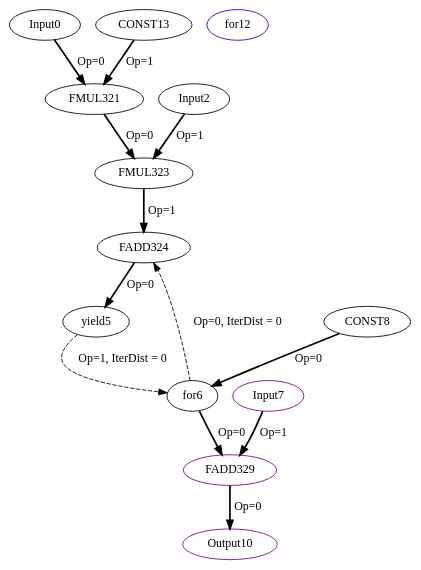
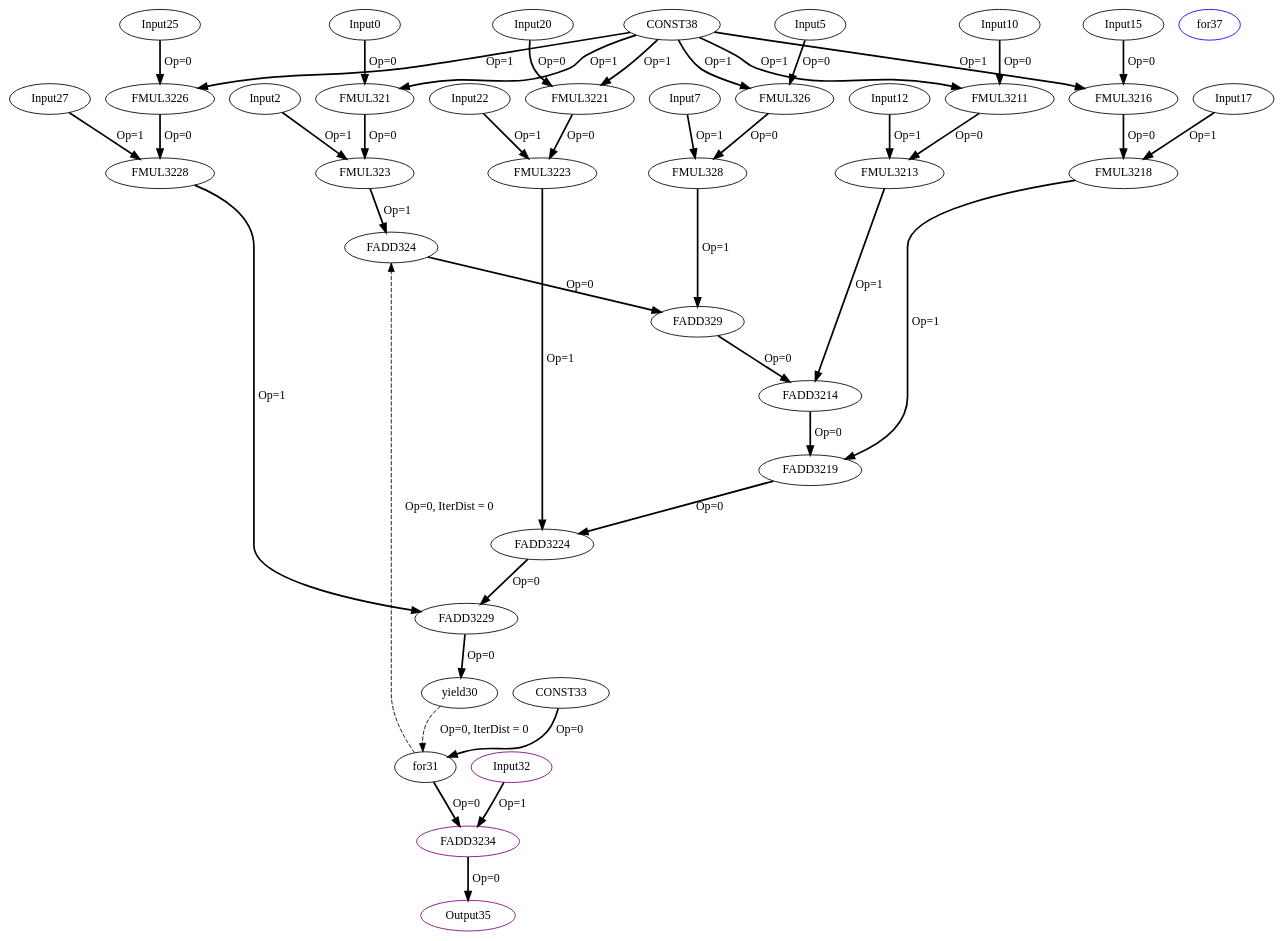
The diagram in experiment/Cbenchmarks/Polybench/linear-algebra/blas/gemm/IR/tempfiles/mapping/kernel_gemm_1_1_CDFG.dot (MIONkb/adora-compiler), drawn with Graphviz before and after one commit. The commit also changed 135 other files, not shown here.

```diff
--- a/experiment/Cbenchmarks/Polybench/linear-algebra/blas/gemm/IR/tempfiles/mapping/kernel_gemm_1_1_CDFG.dot
+++ b/experiment/Cbenchmarks/Polybench/linear-algebra/blas/gemm/IR/tempfiles/mapping/kernel_gemm_1_1_CDFG.dot
@@ -1,27 +1,82 @@
 Digraph G {
-Input0[opcode = "Input", ref_name="kernel_gemm_1_1", size="120", offset="0,0", pattern="4,30,-116,25", color = black];
+Input0[opcode = "Input", ref_name="kernel_gemm_1_1", size="120", offset="0,0", pattern="24,5,-96,25", color = black];
 FMUL321[opcode = "FMUL32", color = black];
-Input2[opcode = "Input", ref_name="kernel_gemm_1_2", size="3000", offset="0,0", pattern="100,30,-2896,25", color = black];
+Input2[opcode = "Input", ref_name="kernel_gemm_1_2", size="3000", offset="0,0", pattern="600,5,-2396,25", color = black];
 FMUL323[opcode = "FMUL32", color = black];
 FADD324[opcode = "FADD32", color = black];
-yield5[opcode = "yield", color = black];
-for6[opcode = "for", color = black];
-Input7[opcode = "Input", ref_name="kernel_gemm_1_0", size="100", offset="0,0", pattern="0,30,4,25", color = purple];
-CONST8[opcode = "CONST", value="0x00000000", color = black];
-FADD329[opcode = "FADD32", color = purple];
-Output10[opcode = "Output", ref_name="kernel_gemm_1_3", size="100", offset="0,0", pattern="0,30,4,25", color = purple];
-for12[opcode = "for", color = blue];
-CONST13[opcode = "CONST", value="0x3FC00000", color = black];
+Input5[opcode = "Input", ref_name="kernel_gemm_1_1", size="120", offset="0,4", pattern="24,5,-96,25", color = black];
+FMUL326[opcode = "FMUL32", color = black];
+Input7[opcode = "Input", ref_name="kernel_gemm_1_2", size="3000", offset="0,100", pattern="600,5,-2396,25", color = black];
+FMUL328[opcode = "FMUL32", color = black];
+FADD329[opcode = "FADD32", color = black];
+Input10[opcode = "Input", ref_name="kernel_gemm_1_1", size="120", offset="0,8", pattern="24,5,-96,25", color = black];
+FMUL3211[opcode = "FMUL32", color = black];
+Input12[opcode = "Input", ref_name="kernel_gemm_1_2", size="3000", offset="0,200", pattern="600,5,-2396,25", color = black];
+FMUL3213[opcode = "FMUL32", color = black];
+FADD3214[opcode = "FADD32", color = black];
+Input15[opcode = "Input", ref_name="kernel_gemm_1_1", size="120", offset="0,12", pattern="24,5,-96,25", color = black];
+FMUL3216[opcode = "FMUL32", color = black];
+Input17[opcode = "Input", ref_name="kernel_gemm_1_2", size="3000", offset="0,300", pattern="600,5,-2396,25", color = black];
+FMUL3218[opcode = "FMUL32", color = black];
+FADD3219[opcode = "FADD32", color = black];
+Input20[opcode = "Input", ref_name="kernel_gemm_1_1", size="120", offset="0,16", pattern="24,5,-96,25", color = black];
+FMUL3221[opcode = "FMUL32", color = black];
+Input22[opcode = "Input", ref_name="kernel_gemm_1_2", size="3000", offset="0,400", pattern="600,5,-2396,25", color = black];
+FMUL3223[opcode = "FMUL32", color = black];
+FADD3224[opcode = "FADD32", color = black];
+Input25[opcode = "Input", ref_name="kernel_gemm_1_1", size="120", offset="0,20", pattern="24,5,-96,25", color = black];
+FMUL3226[opcode = "FMUL32", color = black];
+Input27[opcode = "Input", ref_name="kernel_gemm_1_2", size="3000", offset="0,500", pattern="600,5,-2396,25", color = black];
+FMUL3228[opcode = "FMUL32", color = black];
+FADD3229[opcode = "FADD32", color = black];
+yield30[opcode = "yield", color = black];
+for31[opcode = "for", color = black];
+Input32[opcode = "Input", ref_name="kernel_gemm_1_0", size="100", offset="0,0", pattern="0,5,4,25", color = purple];
+CONST33[opcode = "CONST", value="0x00000000", color = black];
+FADD3234[opcode = "FADD32", color = purple];
+Output35[opcode = "Output", ref_name="kernel_gemm_1_3", size="100", offset="0,0", pattern="0,5,4,25", color = purple];
+for37[opcode = "for", color = blue];
+CONST38[opcode = "CONST", value="0x3FC00000", color = black];
 Input0 -> FMUL321[color = black, style = bold, operand = 0, label = "Op=0"];
-CONST13 -> FMUL321[color = black, style = bold, operand = 1, label = "Op=1"];
+CONST38 -> FMUL321[color = black, style = bold, operand = 1, label = "Op=1"];
 FMUL321 -> FMUL323[color = black, style = bold, operand = 0, label = "Op=0"];
 Input2 -> FMUL323[color = black, style = bold, operand = 1, label = "Op=1"];
-for6 -> FADD324[color = black, style = dashed, operand = 0, iterdist = 0, label = "Op=0, IterDist = 0"];
+for31 -> FADD324[color = black, style = dashed, operand = 0, iterdist = 0, label = "Op=0, IterDist = 0"];
 FMUL323 -> FADD324[color = black, style = bold, operand = 1, label = "Op=1"];
-FADD324 -> yield5[color = black, style = bold, operand = 0, label = "Op=0"];
-CONST8 -> for6[color = black, style = bold, operand = 0, label = "Op=0"];
-for6 -> FADD329[color = black, style = bold, operand = 0, label = "Op=0"];
-Input7 -> FADD329[color = black, style = bold, operand = 1, label = "Op=1"];
-FADD329 -> Output10[color = black, style = bold, operand = 0, label = "Op=0"];
-yield5 -> for6[color = black, style = dashed, operand = 1, iterdist = 0, label = "Op=1, IterDist = 0"];
+Input5 -> FMUL326[color = black, style = bold, operand = 0, label = "Op=0"];
+CONST38 -> FMUL326[color = black, style = bold, operand = 1, label = "Op=1"];
+FMUL326 -> FMUL328[color = black, style = bold, operand = 0, label = "Op=0"];
+Input7 -> FMUL328[color = black, style = bold, operand = 1, label = "Op=1"];
+FADD324 -> FADD329[color = black, style = bold, operand = 0, label = "Op=0"];
+FMUL328 -> FADD329[color = black, style = bold, operand = 1, label = "Op=1"];
+Input10 -> FMUL3211[color = black, style = bold, operand = 0, label = "Op=0"];
+CONST38 -> FMUL3211[color = black, style = bold, operand = 1, label = "Op=1"];
+FMUL3211 -> FMUL3213[color = black, style = bold, operand = 0, label = "Op=0"];
+Input12 -> FMUL3213[color = black, style = bold, operand = 1, label = "Op=1"];
+FADD329 -> FADD3214[color = black, style = bold, operand = 0, label = "Op=0"];
+FMUL3213 -> FADD3214[color = black, style = bold, operand = 1, label = "Op=1"];
+Input15 -> FMUL3216[color = black, style = bold, operand = 0, label = "Op=0"];
+CONST38 -> FMUL3216[color = black, style = bold, operand = 1, label = "Op=1"];
+FMUL3216 -> FMUL3218[color = black, style = bold, operand = 0, label = "Op=0"];
+Input17 -> FMUL3218[color = black, style = bold, operand = 1, label = "Op=1"];
+FADD3214 -> FADD3219[color = black, style = bold, operand = 0, label = "Op=0"];
+FMUL3218 -> FADD3219[color = black, style = bold, operand = 1, label = "Op=1"];
+Input20 -> FMUL3221[color = black, style = bold, operand = 0, label = "Op=0"];
+CONST38 -> FMUL3221[color = black, style = bold, operand = 1, label = "Op=1"];
+FMUL3221 -> FMUL3223[color = black, style = bold, operand = 0, label = "Op=0"];
+Input22 -> FMUL3223[color = black, style = bold, operand = 1, label = "Op=1"];
+FADD3219 -> FADD3224[color = black, style = bold, operand = 0, label = "Op=0"];
+FMUL3223 -> FADD3224[color = black, style = bold, operand = 1, label = "Op=1"];
+Input25 -> FMUL3226[color = black, style = bold, operand = 0, label = "Op=0"];
+CONST38 -> FMUL3226[color = black, style = bold, operand = 1, label = "Op=1"];
+FMUL3226 -> FMUL3228[color = black, style = bold, operand = 0, label = "Op=0"];
+Input27 -> FMUL3228[color = black, style = bold, operand = 1, label = "Op=1"];
+FADD3224 -> FADD3229[color = black, style = bold, operand = 0, label = "Op=0"];
+FMUL3228 -> FADD3229[color = black, style = bold, operand = 1, label = "Op=1"];
+FADD3229 -> yield30[color = black, style = bold, operand = 0, label = "Op=0"];
+CONST33 -> for31[color = black, style = bold, operand = 0, label = "Op=0"];
+for31 -> FADD3234[color = black, style = bold, operand = 0, label = "Op=0"];
+Input32 -> FADD3234[color = black, style = bold, operand = 1, label = "Op=1"];
+FADD3234 -> Output35[color = black, style = bold, operand = 0, label = "Op=0"];
+yield30 -> for31[color = black, style = dashed, operand = 0, iterdist = 0, label = "Op=0, IterDist = 0"];
 }
```
